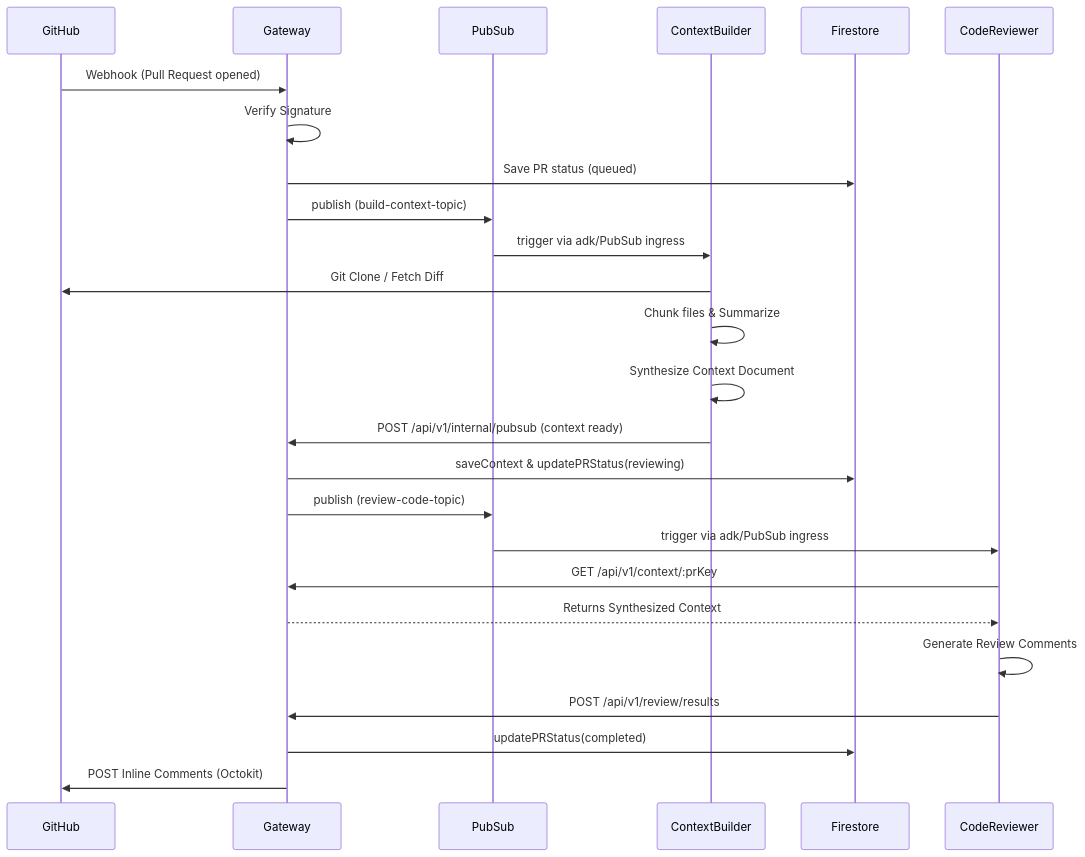
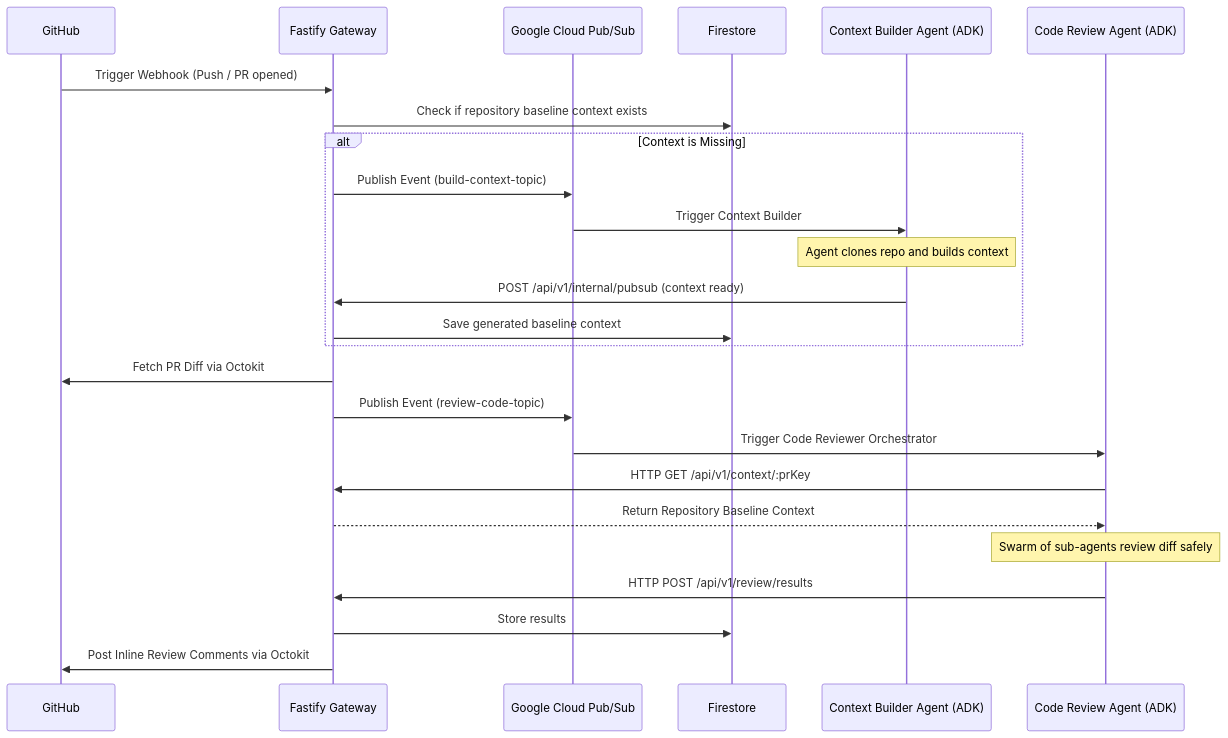
The diagram in README.md (usermeme/code-review-agent), drawn with Mermaid before and after one commit. The commit also changed other lines of this file and 21 other files, not shown here.

First line of the commit message:
feat: transition to v2 architecture with Gateway routing and ADK Agents

````diff
--- a/README.md
+++ b/README.md
@@ -9,35 +19,37 @@
 ```mermaid
 sequenceDiagram
     participant GitHub
-    participant Gateway
-    participant PubSub
-    participant ContextBuilder
+    participant Gateway as Fastify Gateway
+    participant PubSub as Google Cloud Pub/Sub
     participant DB as Firestore
-    participant CodeReviewer
-
-    %% Webhook Ingress
-    GitHub->>Gateway: Webhook (Pull Request opened)
-    Gateway->>Gateway: Verify Signature
-    Gateway->>DB: Save PR status (queued)
-    Gateway->>PubSub: publish (build-context-topic)
-
-    %% Context Builder Flow
-    PubSub->>ContextBuilder: trigger via adk/PubSub ingress
-    ContextBuilder->>GitHub: Git Clone / Fetch Diff
-    ContextBuilder->>ContextBuilder: Chunk files & Summarize
-    ContextBuilder->>ContextBuilder: Synthesize Context Document
-    ContextBuilder->>Gateway: POST /api/v1/internal/pubsub (context ready)
+    participant ContextAgent as Context Builder Agent (ADK)
+    participant ReviewAgent as Code Review Agent (ADK)
     
-    %% Gateway routes Context to Reviewer
-    Gateway->>DB: saveContext & updatePRStatus(reviewing)
-    Gateway->>PubSub: publish (review-code-topic)
-
-    %% Code Reviewer Flow
-    PubSub->>CodeReviewer: trigger via adk/PubSub ingress
-    CodeReviewer->>Gateway: GET /api/v1/context/:prKey
-    Gateway-->>CodeReviewer: Returns Synthesized Context
-    CodeReviewer->>CodeReviewer: Generate Review Comments
-    CodeReviewer->>Gateway: POST /api/v1/review/results
-    Gateway->>DB: updatePRStatus(completed)
-    Gateway->>GitHub: POST Inline Comments (Octokit)
+    %% Webhook ingestion and DB check
+    GitHub->>Gateway: Trigger Webhook (Push / PR opened)
+    Gateway->>DB: Check if repository baseline context exists
+    
+    alt Context is Missing
+        Gateway->>PubSub: Publish Event (build-context-topic)
+        PubSub->>ContextAgent: Trigger Context Builder
+        
+        Note over ContextAgent: Agent clones repo and builds context
+        
+        ContextAgent->>Gateway: POST /api/v1/internal/pubsub (context ready)
+        Gateway->>DB: Save generated baseline context
+    end
+    
+    %% Code Review Workflow
+    Gateway->>GitHub: Fetch PR Diff via Octokit
+    Gateway->>PubSub: Publish Event (review-code-topic)
+    PubSub->>ReviewAgent: Trigger Code Reviewer Orchestrator
+    
+    ReviewAgent->>Gateway: HTTP GET /api/v1/context/:prKey
+    Gateway-->>ReviewAgent: Return Repository Baseline Context
+    
+    Note over ReviewAgent: Swarm of sub-agents review diff safely
+    
+    ReviewAgent->>Gateway: HTTP POST /api/v1/review/results
+    Gateway->>DB: Store results
+    Gateway->>GitHub: Post Inline Review Comments via Octokit
 ```
````
